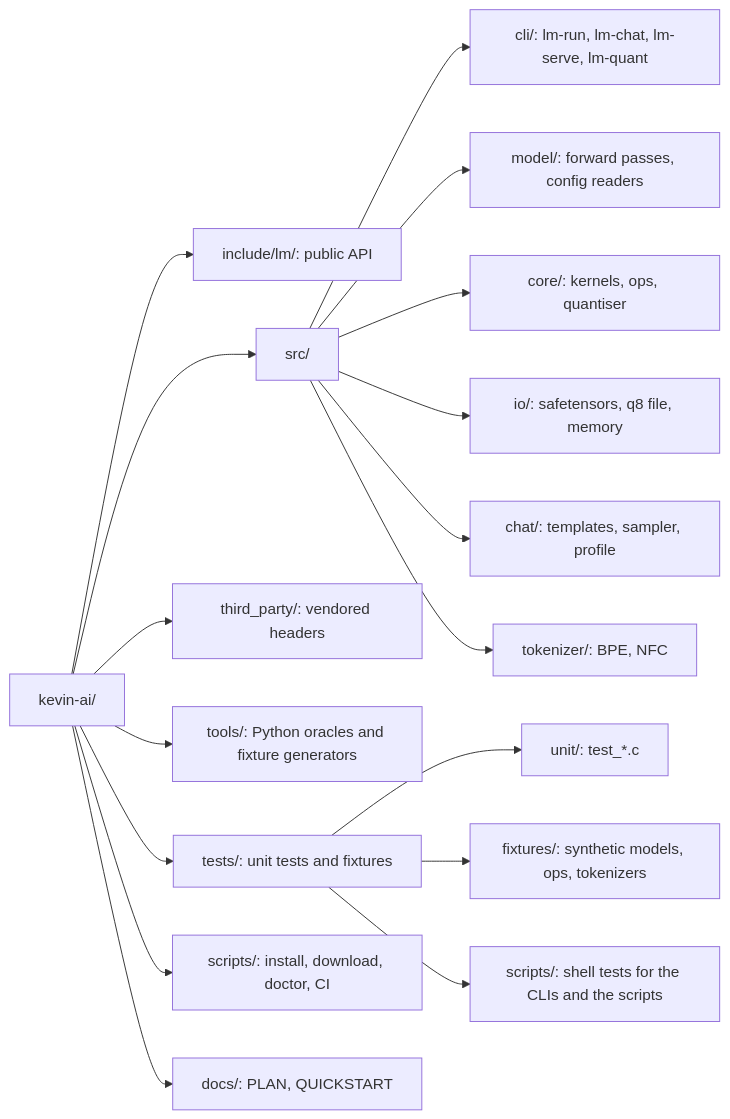
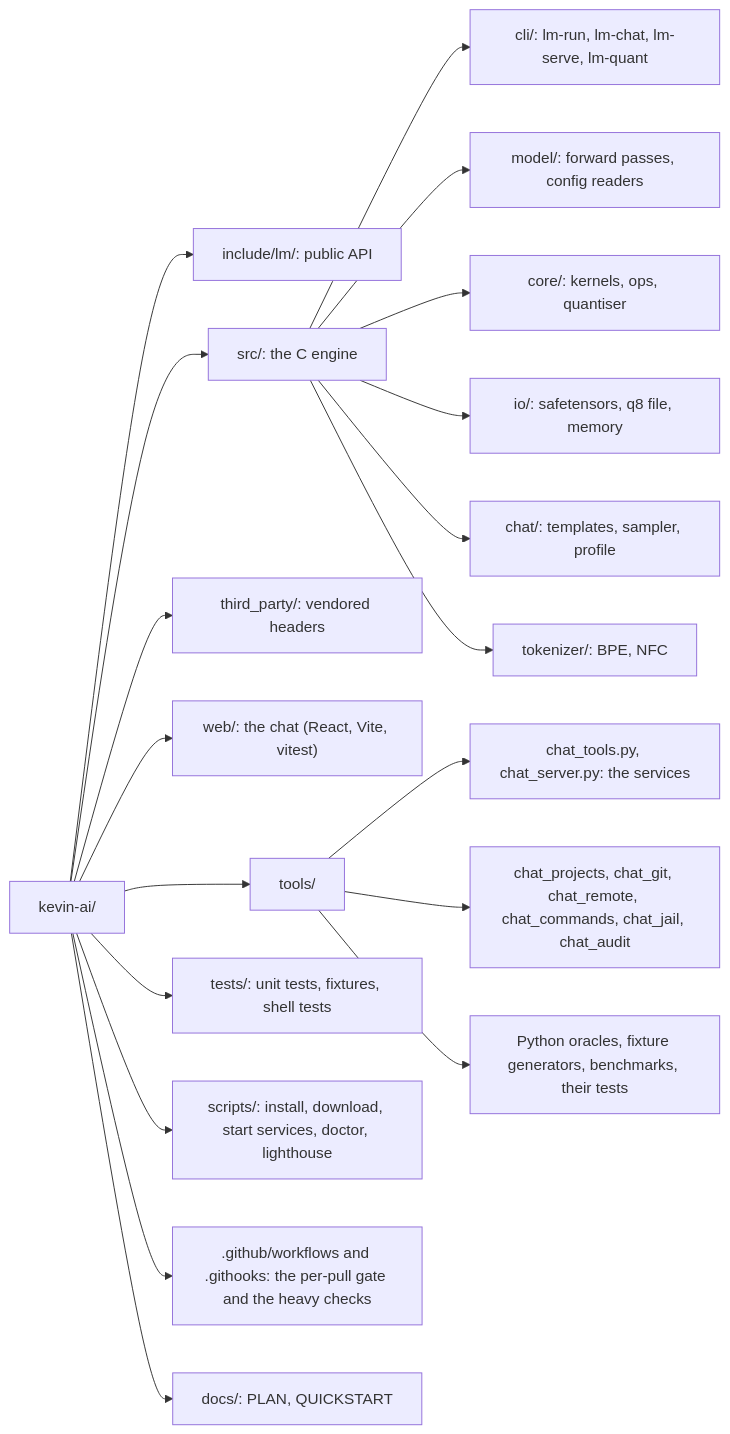
The sixth of 7 diagrams in README.md (marcfs31/kevin-ai), drawn with Mermaid before and after one commit. The commit also changed other lines of this file, not shown here.

Commit message:
docs(readme): the chat, the tool service and projects in the overview, the diagrams and every section

````diff
--- a/README.md
+++ b/README.md
@@ -662,20 +712,22 @@
 ```mermaid
 flowchart LR
   root["kevin-ai/"]
   root --> inc["include/lm/: public API"]
-  root --> src["src/"]
+  root --> src["src/: the C engine"]
   src --> cli["cli/: lm-run, lm-chat, lm-serve, lm-quant"]
   src --> model["model/: forward passes, config readers"]
   src --> core["core/: kernels, ops, quantiser"]
   src --> io["io/: safetensors, q8 file, memory"]
   src --> chat["chat/: templates, sampler, profile"]
   src --> tokz["tokenizer/: BPE, NFC"]
   root --> tp["third_party/: vendored headers"]
-  root --> tools["tools/: Python oracles and fixture generators"]
-  root --> tests["tests/: unit tests and fixtures"]
-  tests --> unit["unit/: test_*.c"]
-  tests --> fix["fixtures/: synthetic models, ops, tokenizers"]
-  root --> scripts["scripts/: install, download, doctor, CI"]
+  root --> web["web/: the chat (React, Vite, vitest)"]
+  root --> tools["tools/"]
+  tools --> svc["chat_tools.py, chat_server.py: the services"]
+  tools --> proj["chat_projects, chat_git, chat_remote, chat_commands, chat_jail, chat_audit"]
+  tools --> orc["Python oracles, fixture generators, benchmarks, their tests"]
+  root --> tests["tests/: unit tests, fixtures, shell tests"]
+  root --> scripts["scripts/: install, download, start services, doctor, lighthouse"]
+  root --> ci[".github/workflows and .githooks: the per-pull gate and the heavy checks"]
   root --> docs["docs/: PLAN, QUICKSTART"]
-  tests --> scripts_t["scripts/: shell tests for the CLIs and the scripts"]
 ```
````
